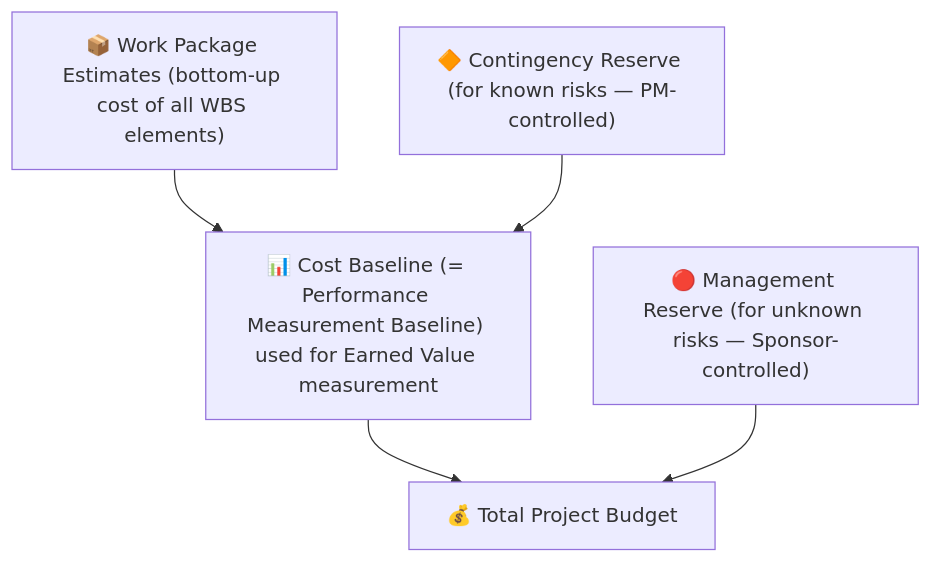
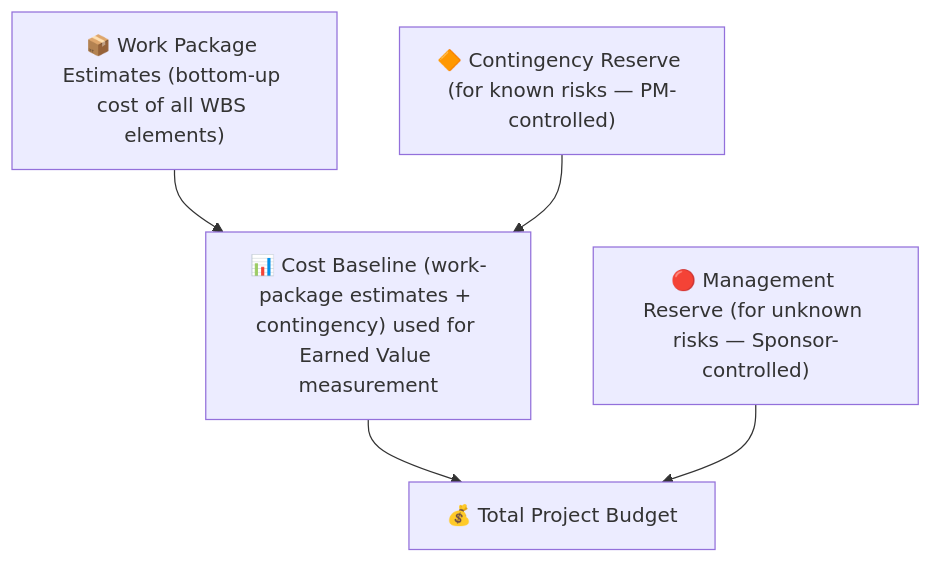
One commit to UncleJS/course_projectManagement changed the fifth of 5 diagrams in modules/04-planning.md. Above: the diagram before and after it, drawn with Mermaid. The commit also changed other lines of this file and 63 other files, not shown here.

````diff
--- a/modules/04-planning.md
+++ b/modules/04-planning.md
@@ -290,12 +290,12 @@
 ```mermaid
 flowchart TD
     WP["📦 Work Package Estimates (bottom-up cost of all WBS elements)"]
     CR["🔶 Contingency Reserve (for known risks — PM-controlled)"]
-    CB["📊 Cost Baseline (= Performance Measurement Baseline) used for Earned Value measurement"]
+    CB["📊 Cost Baseline (work-package estimates + contingency) used for Earned Value measurement"]
     MR["🔴 Management Reserve (for unknown risks — Sponsor-controlled)"]
     TB["💰 Total Project Budget"]
     WP --> CB
     CR --> CB
     CB --> TB
     MR --> TB
 ```
````
